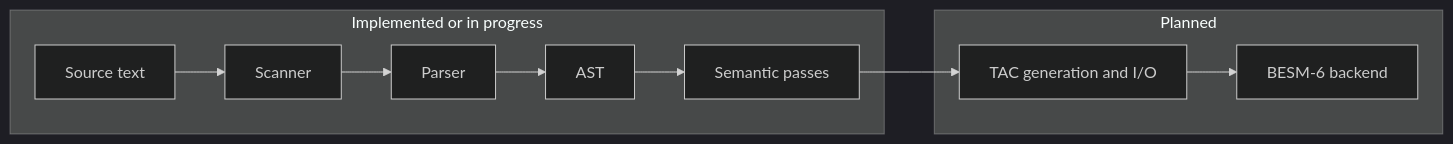
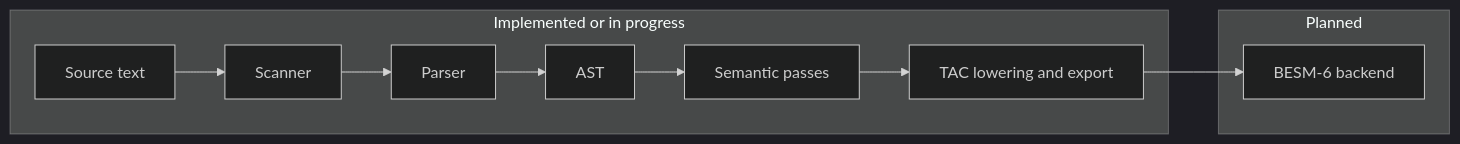
Before and after one commit to besm6/c-compiler: the diagram in README.md, drawn with Mermaid (dark theme). The commit also changed other lines of this file, not shown here.

````diff
--- a/README.md
+++ b/README.md
@@ -37,16 +37,16 @@
 ```mermaid
 flowchart LR
     subgraph done [Implemented or in progress]
         SourceCode[Source text]
         Scanner[Scanner]
         Parser[Parser]
         AST[AST]
         Semantic[Semantic passes]
-        SourceCode --> Scanner --> Parser --> AST --> Semantic
+        TACGen[TAC lowering and export]
+        SourceCode --> Scanner --> Parser --> AST --> Semantic --> TACGen
     end
     subgraph planned [Planned]
-        TAC[TAC generation and I/O]
         Backend[BESM-6 backend]
-        Semantic --> TAC --> Backend
+        TACGen --> Backend
     end
 ```
````
